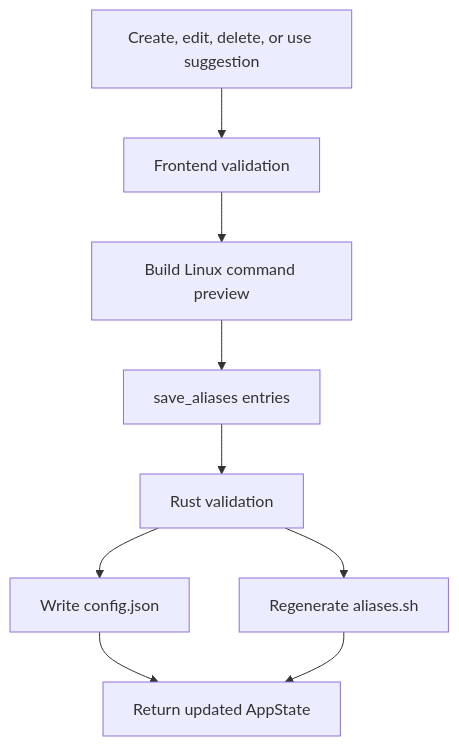
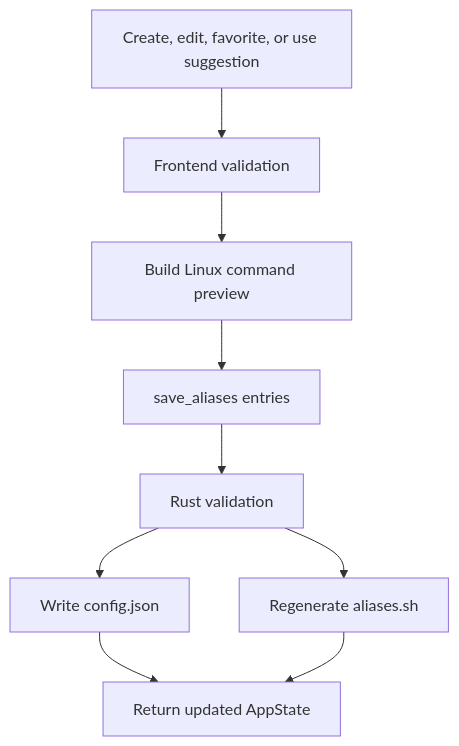
Before and after one commit to hannesgnann-hub/easyalias: the fourth of 5 diagrams in linux_src/docs/ARCHITECTURE.md, drawn with Mermaid. The commit also changed other lines of this file and 16 other files, not shown here.

````diff
--- a/linux_src/docs/ARCHITECTURE.md
+++ b/linux_src/docs/ARCHITECTURE.md
@@ -80,11 +81,11 @@
 ```mermaid
 flowchart TD
-  Change["Create, edit, delete, or use suggestion"] --> Validate["Frontend validation"]
+  Change["Create, edit, favorite, or use suggestion"] --> Validate["Frontend validation"]
   Validate --> Preview["Build Linux command preview"]
   Preview --> Invoke["save_aliases entries"]
   Invoke --> BackendValidate["Rust validation"]
   BackendValidate --> Json["Write config.json"]
   BackendValidate --> Shell["Regenerate aliases.sh"]
   Json --> State["Return updated AppState"]
   Shell --> State
 ```
````
